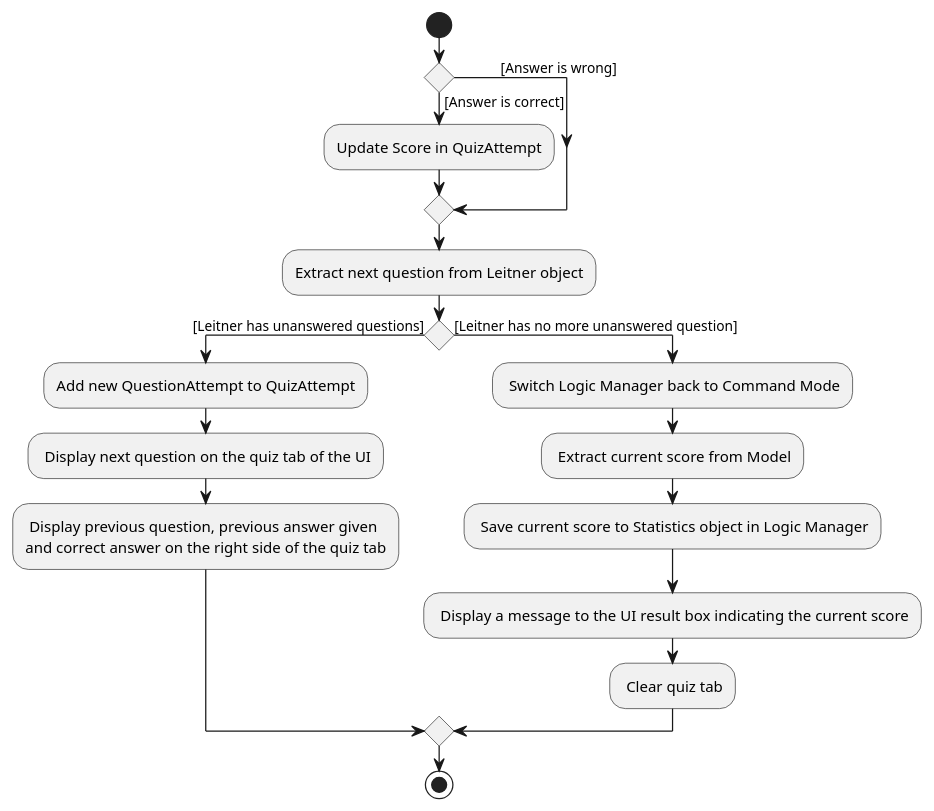
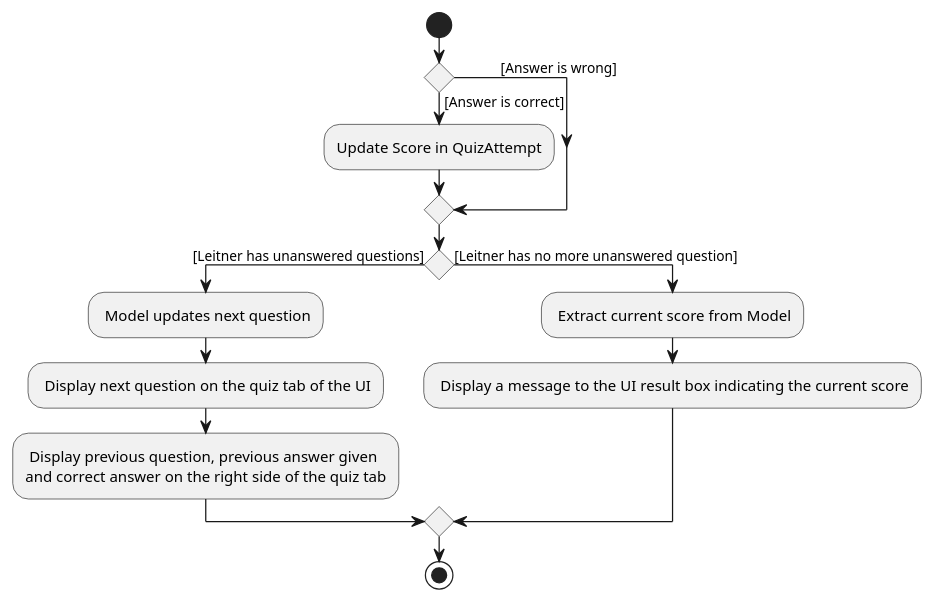
Before and after one commit to vigneshbhuvan-nus/tp: the diagram in docs/diagrams/AnswerCommandActivityDiagramTwo.puml, drawn with PlantUML. The commit also changed 4 other files, not shown here.

```diff
--- a/docs/diagrams/AnswerCommandActivityDiagramTwo.puml
+++ b/docs/diagrams/AnswerCommandActivityDiagramTwo.puml
@@ -1,21 +1,18 @@
 @startuml
 Start
 if() then ([Answer is correct])
 :Update Score in QuizAttempt;
 else(             [Answer is wrong])
 endif
-:Extract next question from Leitner object;
 if() then ([Leitner has unanswered questions])
-        :Add new QuestionAttempt to QuizAttempt;
+
+        : Model updates next question;
         : Display next question on the quiz tab of the UI;
         : Display previous question, previous answer given
         and correct answer on the right side of the quiz tab;
         else ([Leitner has no more unanswered question])
-        : Switch Logic Manager back to Command Mode;
         : Extract current score from Model;
-        : Save current score to Statistics object in Logic Manager;
         : Display a message to the UI result box indicating the current score;
-        : Clear quiz tab;
         endif
 Stop
 @enduml
```
